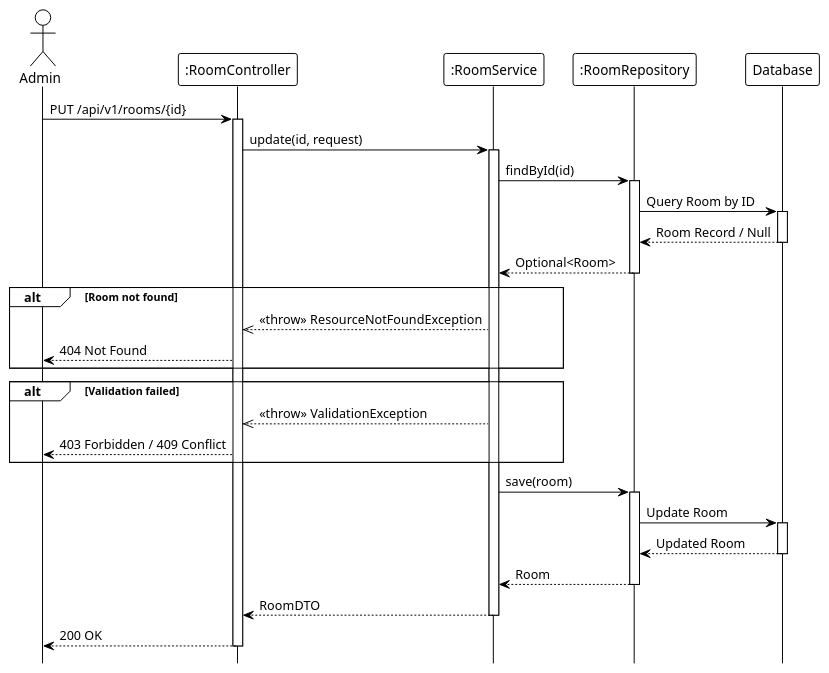
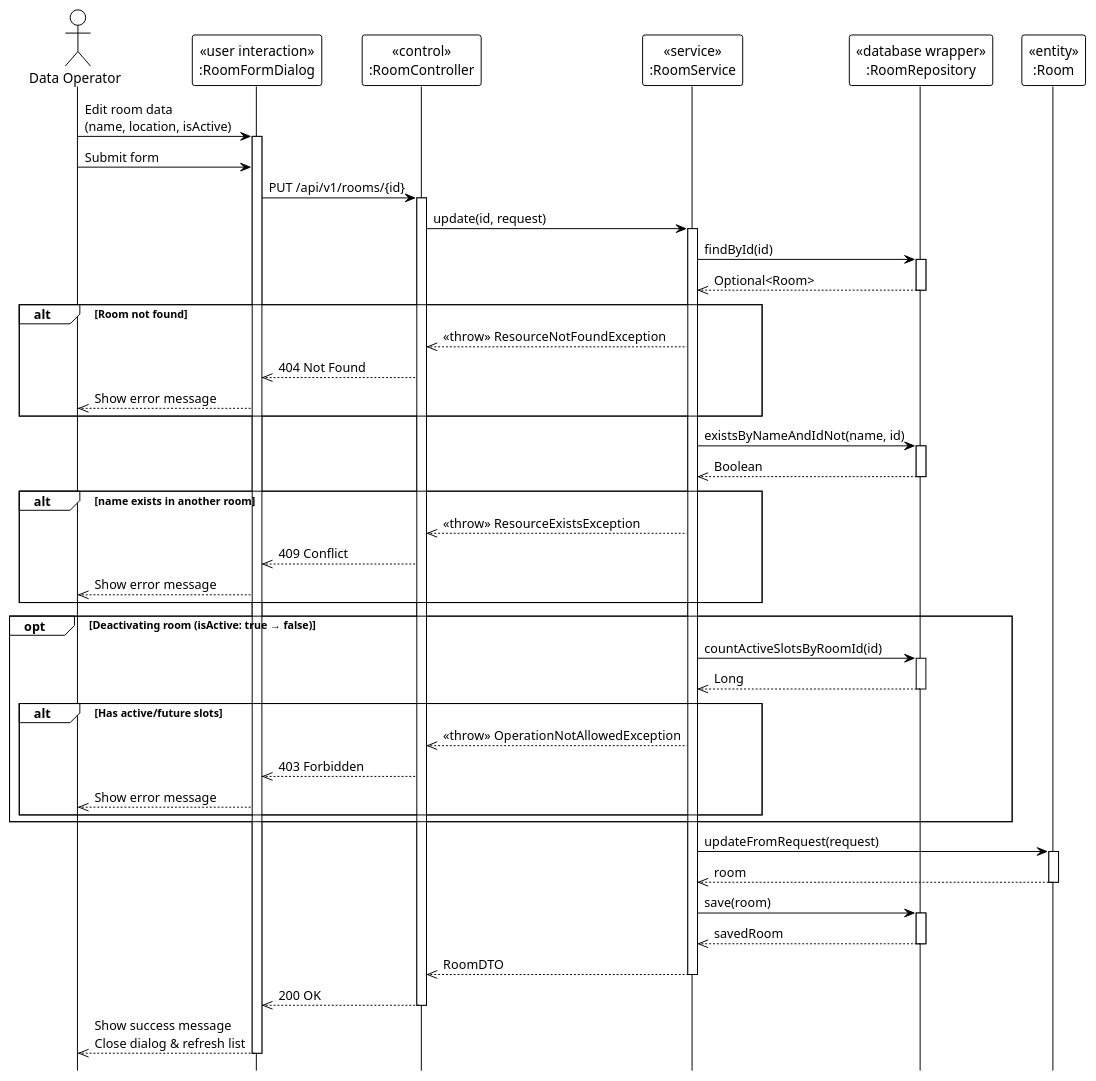
Before and after one commit to Ndh474/context: the diagram in system_detailed_design/58_update_room/sequence_diagram_update_room.puml, drawn with PlantUML. The commit also changed 5 other files, not shown here.

Commit message:
docs(system_detailed_design): add UML stereotypes to room sequence diagrams

```diff
--- a/system_detailed_design/58_update_room/sequence_diagram_update_room.puml
+++ b/system_detailed_design/58_update_room/sequence_diagram_update_room.puml
@@ -1,58 +1,83 @@
 @startuml update_room
 !theme plain
 hide footbox
 
-actor Admin
-participant ":RoomController" as Controller
-participant ":RoomService" as Service
-participant ":RoomRepository" as Repository
-participant "Database" as DB
+actor "Data Operator" as DataOperator
 
-' --- MAIN FLOW ---
-Admin -> Controller: PUT /api/v1/rooms/{id}
+participant "«user interaction»\n:RoomFormDialog" as UI
+participant "«control»\n:RoomController" as Controller
+participant "«service»\n:RoomService" as Service
+participant "«database wrapper»\n:RoomRepository" as Repository
+participant "«entity»\n:Room" as Entity
+
+' === MAIN FLOW ===
+DataOperator -> UI: Edit room data\n(name, location, isActive)
+activate UI
+
+DataOperator -> UI: Submit form
+UI -> Controller: PUT /api/v1/rooms/{id}
 activate Controller
 
 Controller -> Service: update(id, request)
 activate Service
 
+' === FIND EXISTING ===
 Service -> Repository: findById(id)
 activate Repository
-
-Repository -> DB: Query Room by ID
-activate DB
-DB --> Repository: Room Record / Null
-deactivate DB
-
-Repository --> Service: Optional<Room>
+Repository -->> Service: Optional<Room>
 deactivate Repository
 
 alt Room not found
     Service -->> Controller: <<throw>> ResourceNotFoundException
-    Controller --> Admin: 404 Not Found
+    Controller -->> UI: 404 Not Found
+    UI -->> DataOperator: Show error message
 end
 
-' Validation logic (internal: name uniqueness, deactivation checks for cameras/slots)
+' === VALIDATION: NAME UNIQUENESS ===
+Service -> Repository: existsByNameAndIdNot(name, id)
+activate Repository
+Repository -->> Service: Boolean
+deactivate Repository
 
-alt Validation failed
-    Service -->> Controller: <<throw>> ValidationException
-    Controller --> Admin: 403 Forbidden / 409 Conflict
+alt name exists in another room
+    Service -->> Controller: <<throw>> ResourceExistsException
+    Controller -->> UI: 409 Conflict
+    UI -->> DataOperator: Show error message
 end
 
+' === VALIDATION: DEACTIVATION CHECK ===
+opt Deactivating room (isActive: true → false)
+    Service -> Repository: countActiveSlotsByRoomId(id)
+    activate Repository
+    Repository -->> Service: Long
+    deactivate Repository
+
+    alt Has active/future slots
+        Service -->> Controller: <<throw>> OperationNotAllowedException
+        Controller -->> UI: 403 Forbidden
+        UI -->> DataOperator: Show error message
+    end
+end
+
+' === UPDATE ENTITY ===
+Service -> Entity: updateFromRequest(request)
+activate Entity
+Entity -->> Service: room
+deactivate Entity
+
+' === SAVE ===
 Service -> Repository: save(room)
 activate Repository
-
-Repository -> DB: Update Room
-activate DB
-DB --> Repository: Updated Room
-deactivate DB
-
-Repository --> Service: Room
+Repository -->> Service: savedRoom
 deactivate Repository
 
-Service --> Controller: RoomDTO
+Service -->> Controller: RoomDTO
 deactivate Service
 
-Controller --> Admin: 200 OK
+Controller -->> UI: 200 OK
 deactivate Controller
 
+UI -->> DataOperator: Show success message\nClose dialog & refresh list
+deactivate UI
+
 @enduml
```
